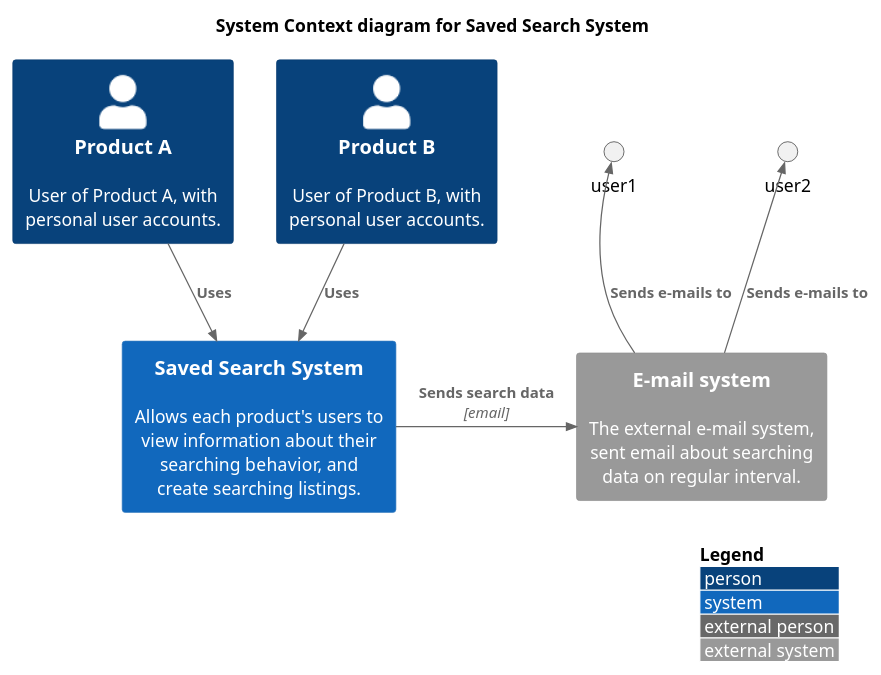
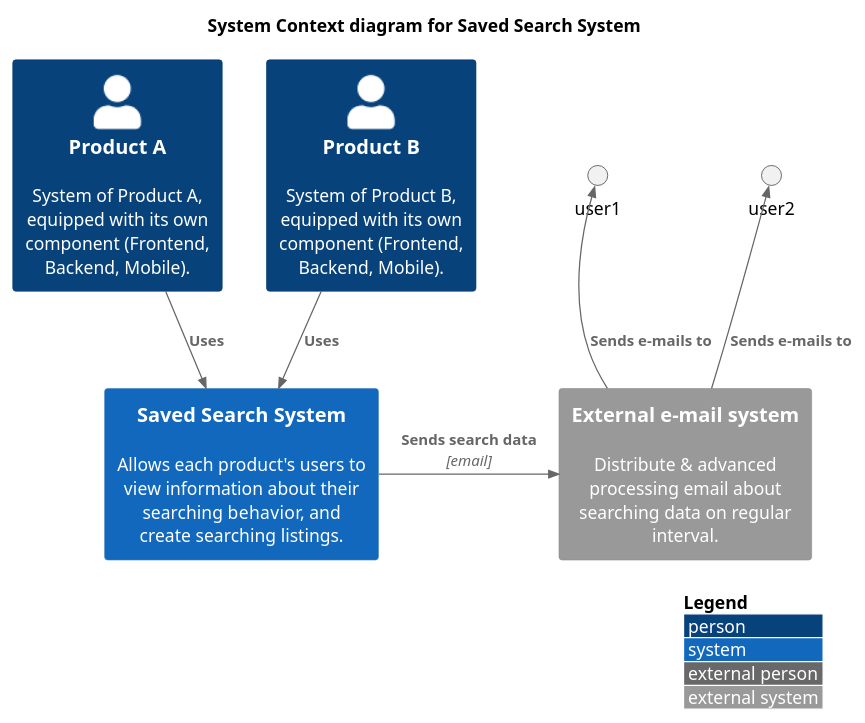
Before and after one commit to djiwandou/scaleup: the diagram in figures/system-contextv1.puml, drawn with PlantUML. The commit also changed 3 other files, not shown here.

Commit message:
Doc: Modif on system-contextfollowing the roadmap

```diff
--- a/figures/system-contextv1.puml
+++ b/figures/system-contextv1.puml
@@ -1,21 +1,20 @@
 @startuml
 '!include https://raw.githubusercontent.com/plantuml-stdlib/C4-PlantUML/master/C4_Context.puml
 ' uncomment the following line and comment the first to use locally
  !include C4_Context.puml
 
 LAYOUT_WITH_LEGEND()
 
 title System Context diagram for Saved Search System
 
-Person(product1, "Product A", "User of Product A, with personal user accounts.")
-Person(product2, "Product B", "User of Product B, with personal user accounts.")
+Person(product1, "Product A", "System of Product A, equipped with its own component (Frontend, Backend, Mobile).")
+Person(product2, "Product B", "System of Product B, equipped with its own component (Frontend, Backend, Mobile).")
 System(saved_search_system, "Saved Search System", "Allows each product's users to view information about their searching behavior, and create searching listings.")
 
-System_Ext(mail_system, "E-mail system", "The external e-mail system, sent email about searching data on regular interval.")
-
+System_Ext(mail_system, "External e-mail system", "Distribute & advanced processing email about searching data on regular interval.")
 Rel(product1, saved_search_system, "Uses")
 Rel(product2, saved_search_system, "Uses")
 Rel_Back(user1, mail_system, "Sends e-mails to")
 Rel_Back(user2, mail_system, "Sends e-mails to")
 Rel_Neighbor(saved_search_system, mail_system, "Sends search data", "email")
 @enduml
```
